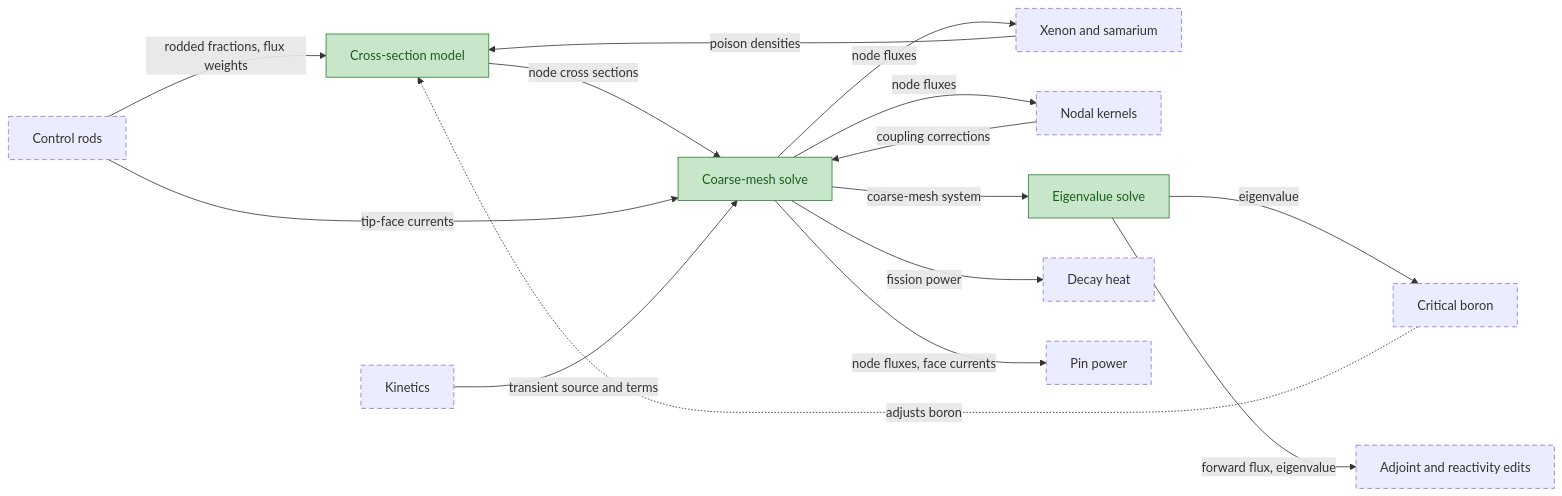
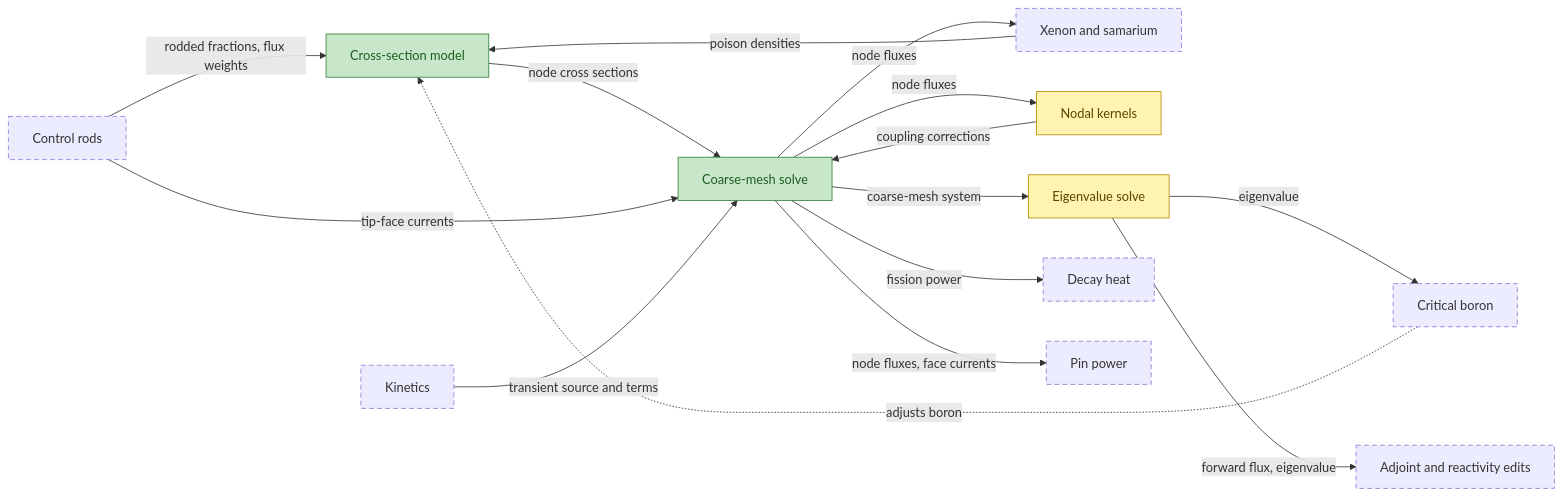
Before and after one commit to aurja130/URUS: the fifth of 16 diagrams in Planning/DBC/CONCEPTS.md, drawn with Mermaid. The commit also changed other lines of this file and 5 other files, not shown here.

First line of the commit message:
Freeze sub-milestone 1.5: nodal kernels and the interface solve

````diff
--- a/Planning/DBC/CONCEPTS.md
+++ b/Planning/DBC/CONCEPTS.md
@@ -134,23 +134,24 @@
 ```mermaid
 flowchart LR
 classDef implemented fill:#c8e6c9,stroke:#2e7d32,color:#1b5e20
 classDef partial fill:#fff3b0,stroke:#b58900,color:#5c4400
 classDef planned stroke-dasharray:6 4
 classDef external fill:#eeeeee,stroke:#9e9e9e,stroke-dasharray:1 3,color:#616161
 ControlRods["Control rods"] -->|rodded fractions, flux weights| CrossSectionModel["Cross-section model"]
 XenonSamarium["Xenon and samarium"] -->|poison densities| CrossSectionModel
 CrossSectionModel -->|node cross sections| CmfdSolve["Coarse-mesh solve"]
 NodalKernels["Nodal kernels"] -->|coupling corrections| CmfdSolve
 CmfdSolve -->|node fluxes| NodalKernels
 ControlRods -->|tip-face currents| CmfdSolve
 CmfdSolve -->|coarse-mesh system| EigenvalueSolve["Eigenvalue solve"]
 EigenvalueSolve -->|eigenvalue| CriticalBoron["Critical boron"]
 CriticalBoron -.->|adjusts boron| CrossSectionModel
 EigenvalueSolve -->|forward flux, eigenvalue| AdjointEdits["Adjoint and reactivity edits"]
 Kinetics["Kinetics"] -->|transient source and terms| CmfdSolve
 CmfdSolve -->|node fluxes| XenonSamarium
 CmfdSolve -->|fission power| DecayHeat["Decay heat"]
 CmfdSolve -->|node fluxes, face currents| PinPower["Pin power"]
-class ControlRods,XenonSamarium,NodalKernels,CriticalBoron,AdjointEdits,Kinetics,DecayHeat,PinPower planned
-class CrossSectionModel,CmfdSolve,EigenvalueSolve implemented
+class ControlRods,XenonSamarium,CriticalBoron,AdjointEdits,Kinetics,DecayHeat,PinPower planned
+class CrossSectionModel,CmfdSolve implemented
+class NodalKernels,EigenvalueSolve partial
 ```
````
